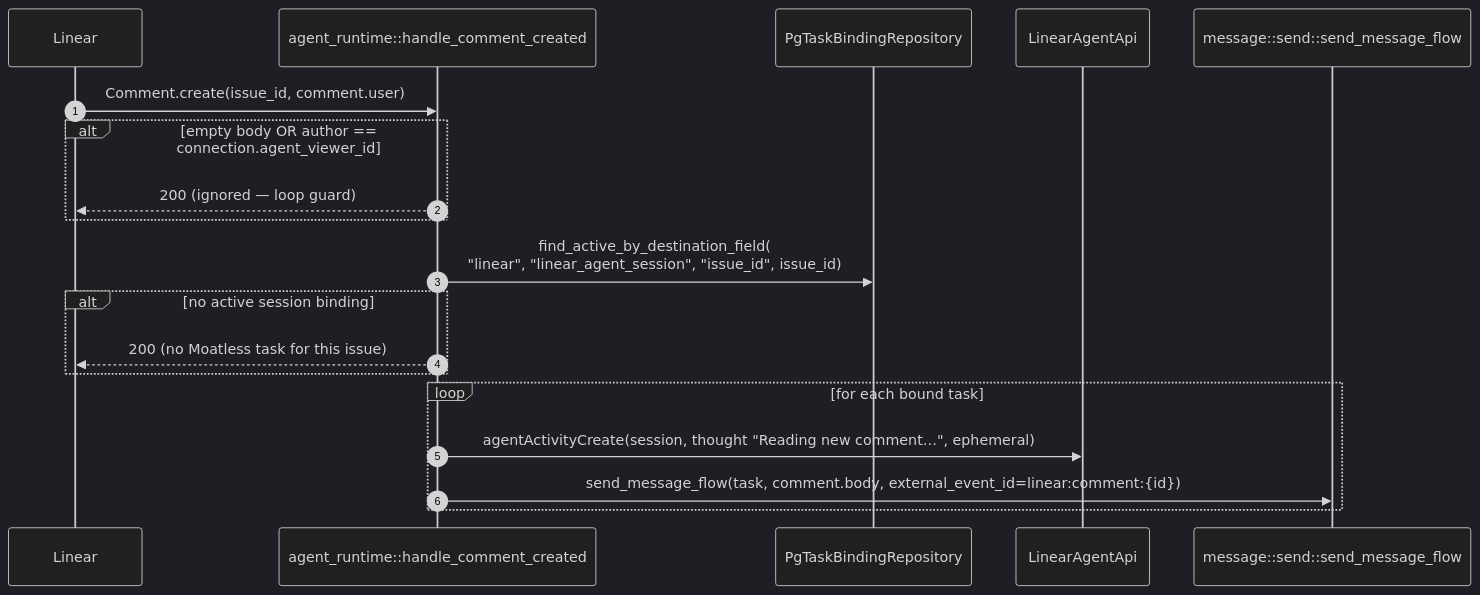
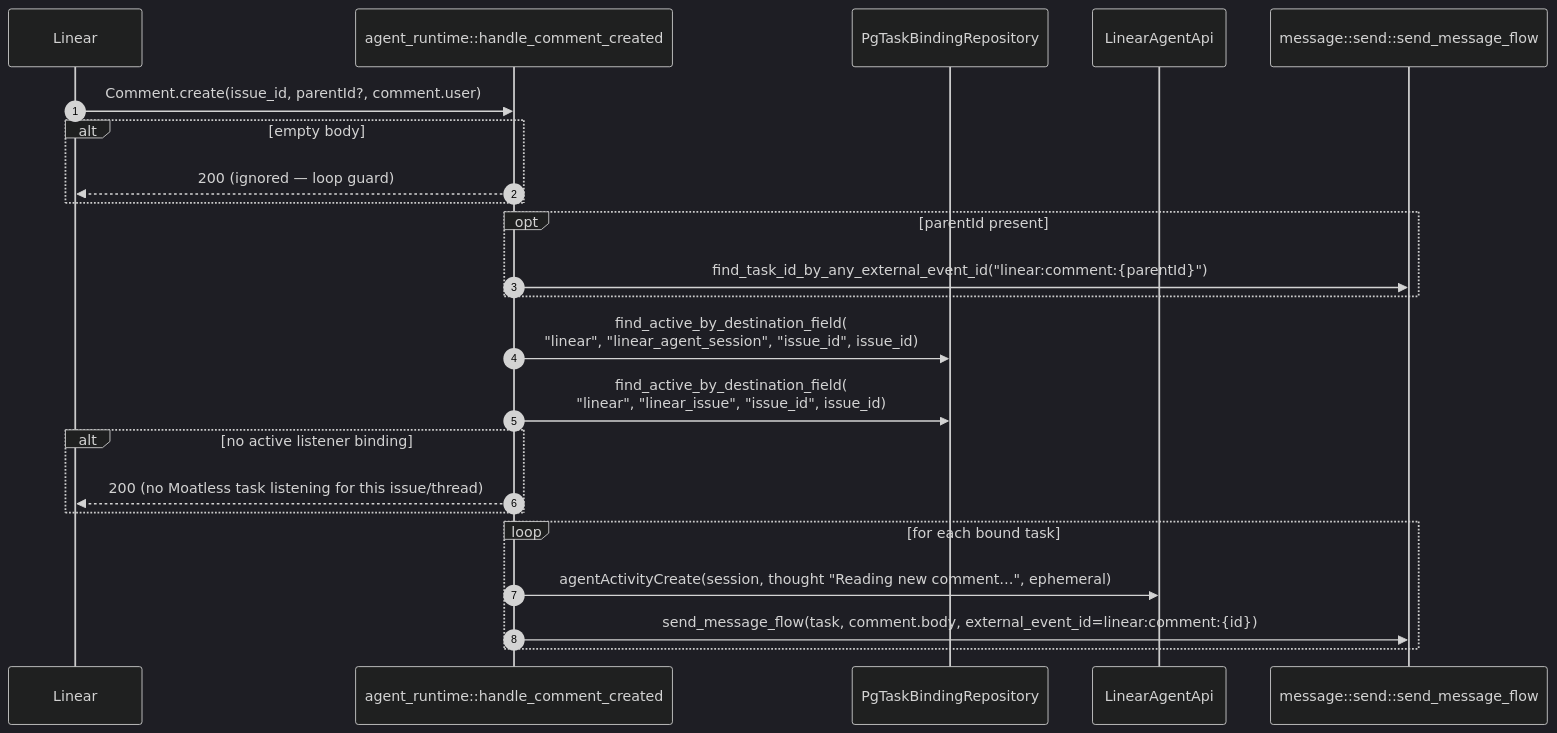
One commit to aorwall/moatless changed the fourth of 9 diagrams in docs/linear-adapter.md. Above: the diagram before and after it, drawn with Mermaid (dark theme). The commit also changed other lines of this file and 1 other file, not shown here.

Commit message:
fix: route Linear agent comment thread replies (#348)

````diff
--- a/docs/linear-adapter.md
+++ b/docs/linear-adapter.md
@@ -195,22 +199,26 @@
 ```mermaid
 sequenceDiagram
     autonumber
     participant Linear
     participant Runtime as agent_runtime::handle_comment_created
     participant BindingRepo as PgTaskBindingRepository
     participant API as LinearAgentApi
     participant MsgFlow as message::send::send_message_flow
 
-    Linear->>Runtime: Comment.create(issue_id, comment.user)
-    alt empty body OR author == connection.agent_viewer_id
+    Linear->>Runtime: Comment.create(issue_id, parentId?, comment.user)
+    alt empty body
         Runtime-->>Linear: 200 (ignored — loop guard)
     end
+    opt parentId present
+        Runtime->>MsgFlow: find_task_id_by_any_external_event_id("linear:comment:{parentId}")
+    end
     Runtime->>BindingRepo: find_active_by_destination_field(<br/>"linear", "linear_agent_session", "issue_id", issue_id)
-    alt no active session binding
-        Runtime-->>Linear: 200 (no Moatless task for this issue)
+    Runtime->>BindingRepo: find_active_by_destination_field(<br/>"linear", "linear_issue", "issue_id", issue_id)
+    alt no active listener binding
+        Runtime-->>Linear: 200 (no Moatless task listening for this issue/thread)
     end
     loop for each bound task
         Runtime->>API: agentActivityCreate(session, thought "Reading new comment…", ephemeral)
         Runtime->>MsgFlow: send_message_flow(task, comment.body, external_event_id=linear:comment:{id})
     end
 ```
````
